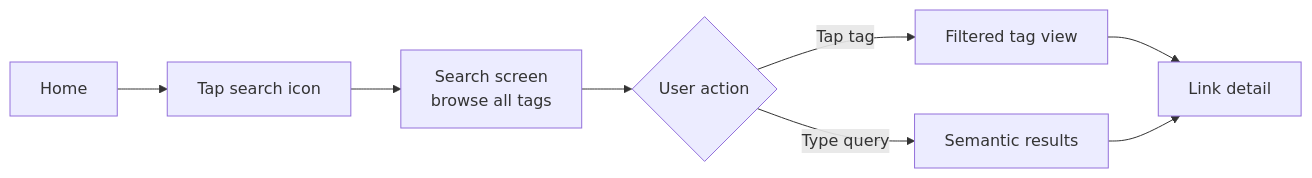
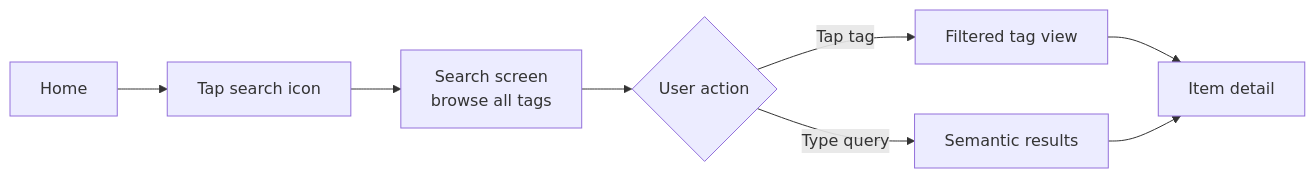
One commit to ansharora1810/shelf changed the fourth of 4 diagrams in .claude/prd/PRD.md. Above: the diagram before and after it, drawn with Mermaid. The commit also changed other lines of this file, not shown here.

````diff
--- a/.claude/prd/PRD.md
+++ b/.claude/prd/PRD.md
@@ -322,10 +363,10 @@
 ```mermaid
 flowchart LR
   A[Home] --> B[Tap search icon]
   B --> C[Search screen\nbrowse all tags]
   C --> D{User action}
   D -->|Tap tag| E[Filtered tag view]
   D -->|Type query| F[Semantic results]
-  E --> G[Link detail]
+  E --> G[Item detail]
   F --> G
 ```
````
